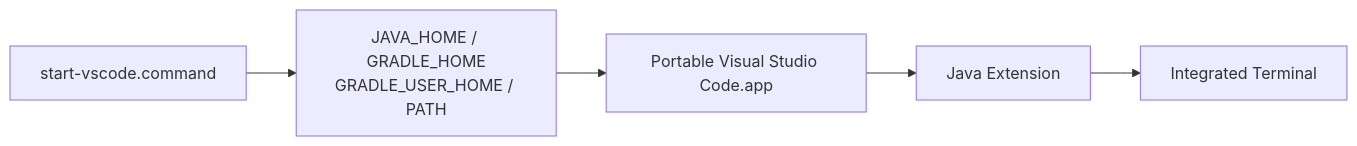
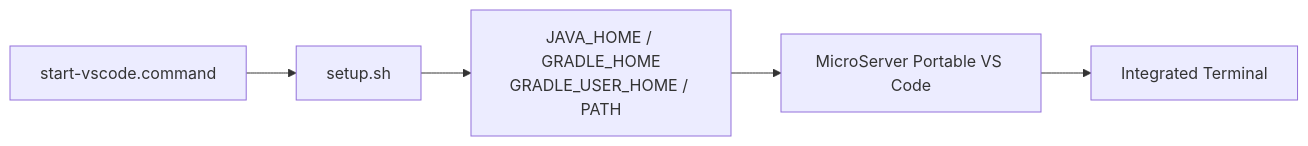
The diagram in docs/02_development_environment/03_macos/05_vscode/jdk_workspace_environment_setup.md (Team-Microserver/microserver-docs), drawn with Mermaid before and after one commit. The commit also changed other lines of this file and 17 other files, not shown here.

````diff
--- a/docs/02_development_environment/03_macos/05_vscode/jdk_workspace_environment_setup.md
+++ b/docs/02_development_environment/03_macos/05_vscode/jdk_workspace_environment_setup.md
@@ -101,8 +97,8 @@
 ```mermaid
 flowchart LR
-    SCRIPT["start-vscode.command"]
+    START["start-vscode.command"]
+    --> SETUP["setup.sh"]
     --> ENV["JAVA_HOME / GRADLE_HOME<br/>GRADLE_USER_HOME / PATH"]
-    --> CODE["Portable Visual Studio Code.app"]
-    --> JAVA["Java Extension"]
+    --> CODE["MicroServer Portable VS Code"]
     --> TERM["Integrated Terminal"]
 ```
````
